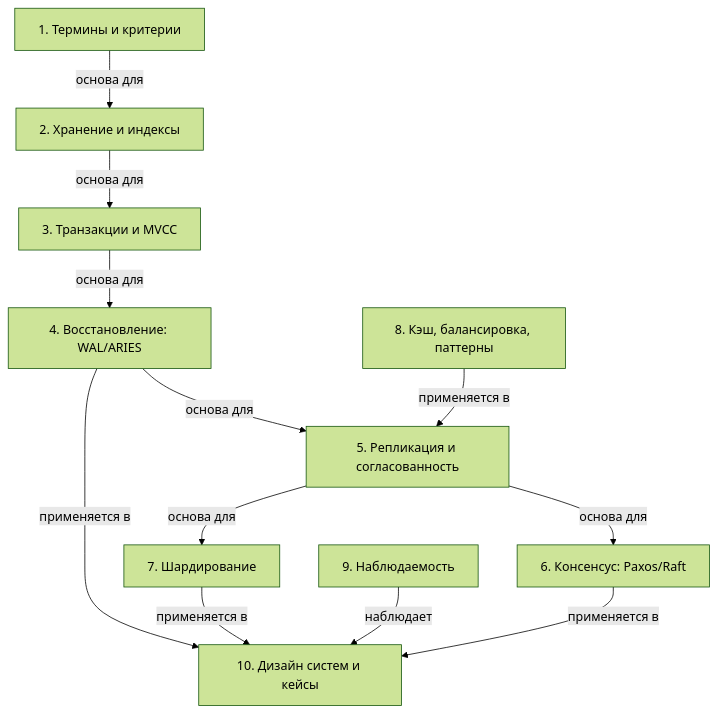
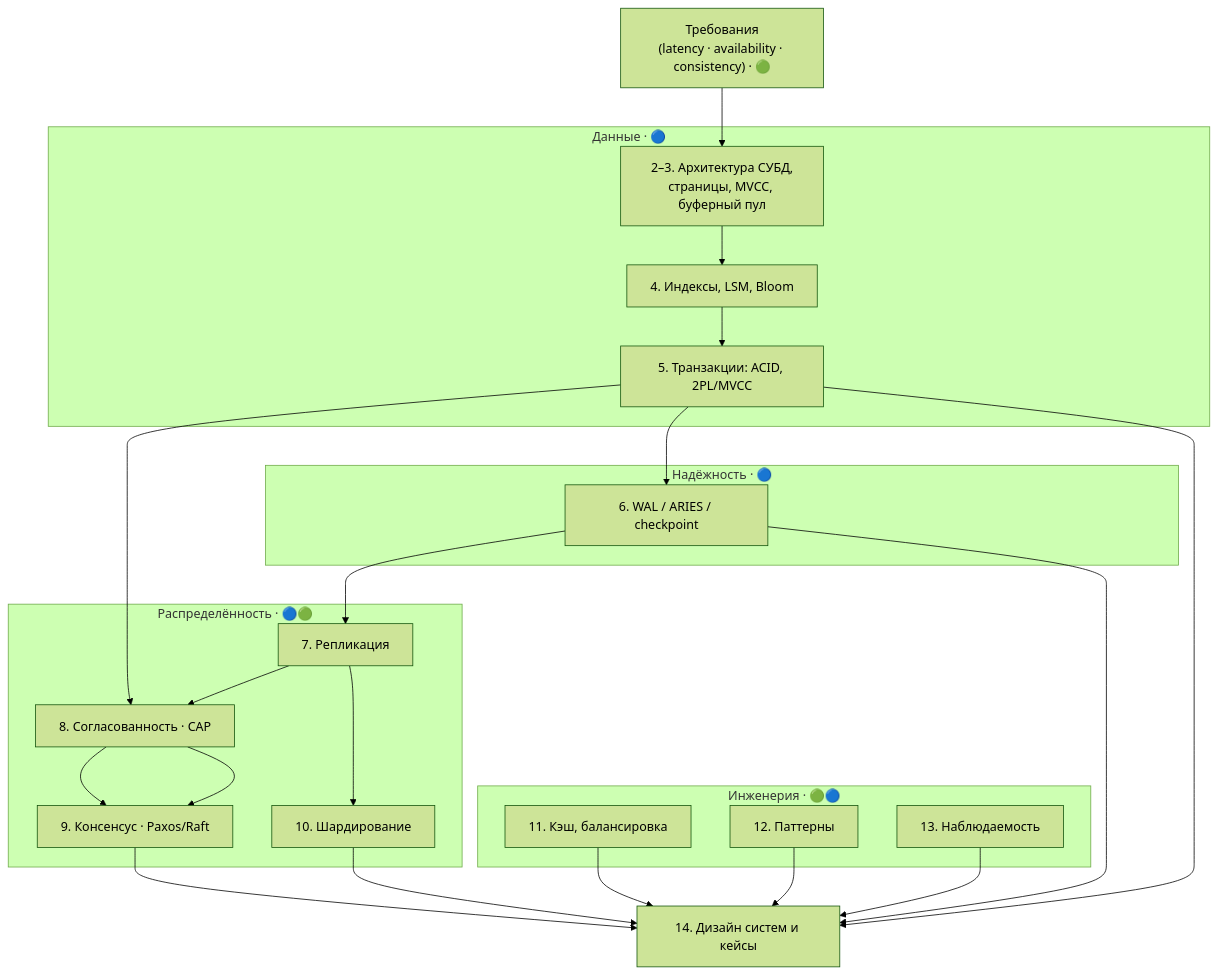
Before and after one commit to AsoloCode/notes: the diagram in System Design (merged)/notes.md, drawn with Mermaid (forest theme). The commit also changed other lines of this file, not shown here.

First line of the commit message:
docs(merged): переписать сводный System Design как связный конспект двух курсов

````diff
--- a/System Design (merged)/notes.md
+++ b/System Design (merged)/notes.md
@@ -112,25 +226,42 @@
 ```mermaid
 flowchart TD
-    n1["1. Термины и критерии"]
-    n2["2. Хранение и индексы"]
-    n3["3. Транзакции и MVCC"]
-    n4["4. Восстановление: WAL/ARIES"]
-    n5["5. Репликация и согласованность"]
-    n6["6. Консенсус: Paxos/Raft"]
-    n7["7. Шардирование"]
-    n8["8. Кэш, балансировка, паттерны"]
-    n9["9. Наблюдаемость"]
-    n10["10. Дизайн систем и кейсы"]
+    Req["Требования<br/>(latency · availability · consistency) · 🟢"]
 
-    n1 -->|основа для| n2
-    n2 -->|основа для| n3
-    n3 -->|основа для| n4
-    n4 -->|основа для| n5
-    n5 -->|основа для| n6
-    n5 -->|основа для| n7
-    n8 -->|применяется в| n5
-    n7 -->|применяется в| n10
-    n6 -->|применяется в| n10
-    n4 -->|применяется в| n10
-    n9 -->|наблюдает| n10
+    subgraph Данные["Данные · 🔵"]
+        H["2–3. Архитектура СУБД,<br/>страницы, MVCC, буферный пул"]
+        I["4. Индексы, LSM, Bloom"]
+        T["5. Транзакции: ACID, 2PL/MVCC"]
+    end
+
+    subgraph Надёжность["Надёжность · 🔵"]
+        R["6. WAL / ARIES / checkpoint"]
+    end
+
+    subgraph Распределённость["Распределённость · 🔵🟢"]
+        Rep["7. Репликация"]
+        C["8. Согласованность · CAP"]
+        K["9. Консенсус · Paxos/Raft"]
+        S["10. Шардирование"]
+    end
+
+    subgraph Инженерия["Инженерия · 🟢🔵"]
+        Cache["11. Кэш, балансировка"]
+        P["12. Паттерны"]
+        O["13. Наблюдаемость"]
+    end
+
+    Design["14. Дизайн систем и кейсы"]
+
+    Req --> H --> I --> T --> R --> Rep
+    T --> C
+    Rep --> C --> K
+    Rep --> S
+    C --> K
+    K --> Design
+    S --> Design
+    Cache --> Design
+    P --> Design
+    O --> Design
+    R --> Design
+    T --> Design
 ```
````
